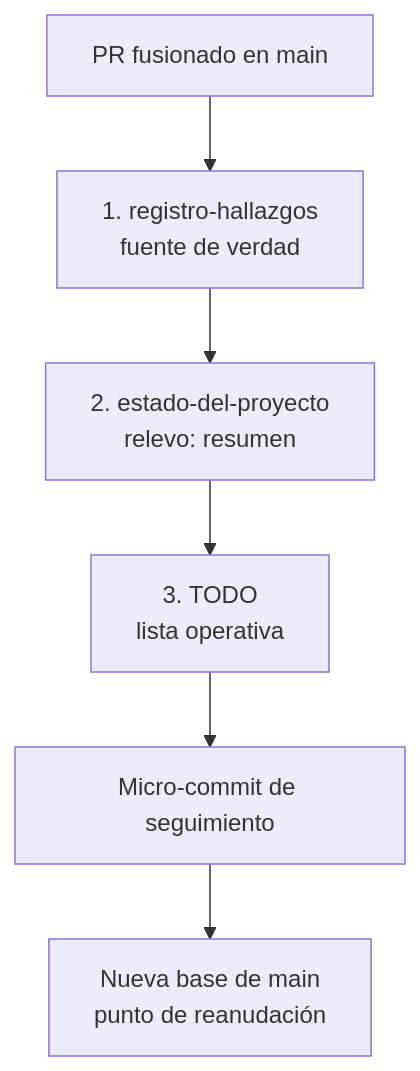
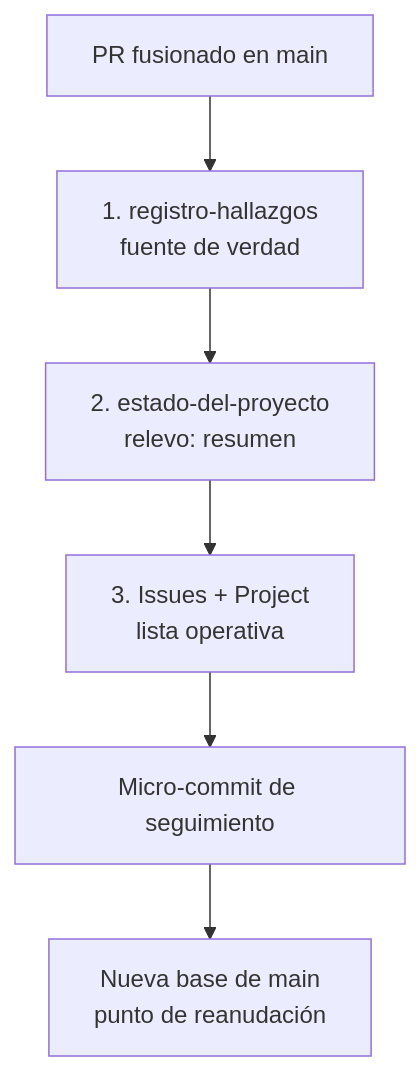
The diagram in doc/mantenimiento/README.md (ferboiar/timon), drawn with Mermaid before and after one commit. The commit also changed other lines of this file and 15 other files, not shown here.

First line of the commit message:
docs: migrar TODO a issues de GitHub (DC-61, D-45)

````diff
--- a/doc/mantenimiento/README.md
+++ b/doc/mantenimiento/README.md
@@ -77,8 +73,8 @@
 ```mermaid
 flowchart TD
     A[PR fusionado en main] --> B[1. registro-hallazgos<br/>fuente de verdad]
     B --> C[2. estado-del-proyecto<br/>relevo: resumen]
-    C --> D[3. TODO<br/>lista operativa]
+    C --> D[3. Issues + Project<br/>lista operativa]
     D --> E[Micro-commit de seguimiento]
     E --> F[Nueva base de main<br/>punto de reanudación]
 ```
````
